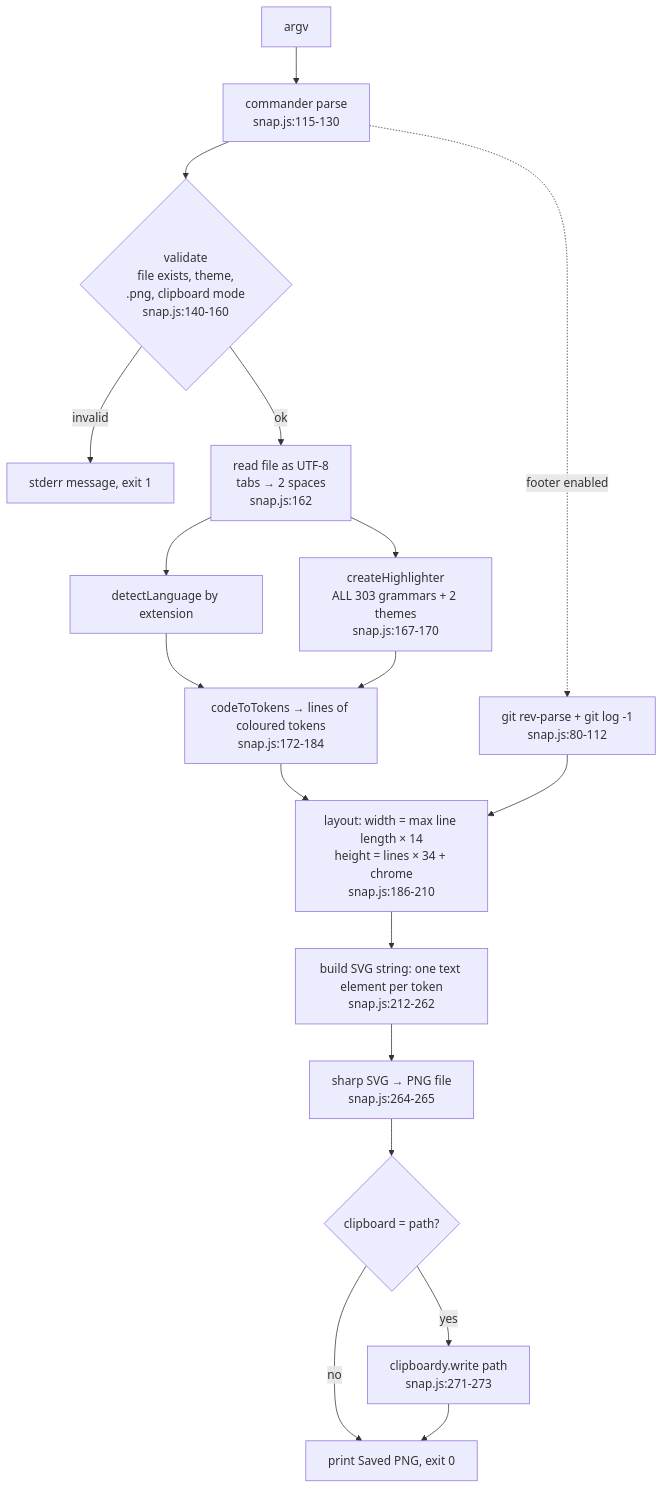
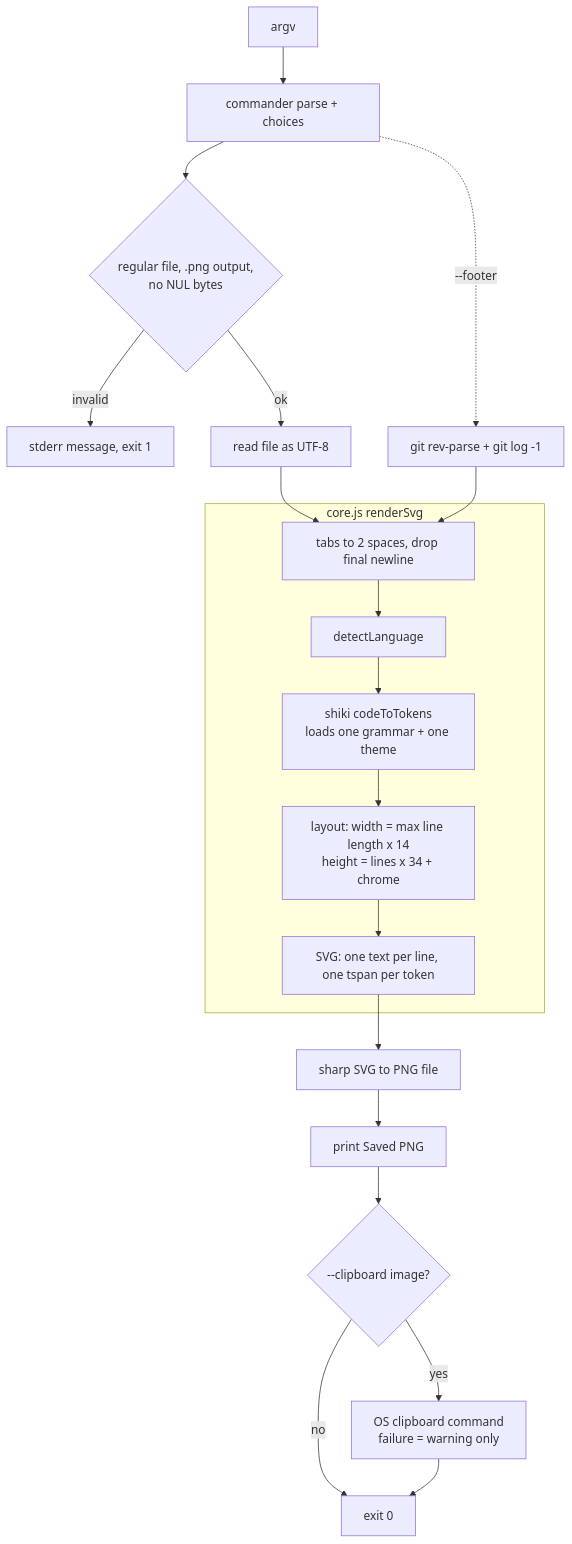
The diagram in docs/ARCHITECTURE.md (AlfredBateman/SnapCodeCLI), drawn with Mermaid before and after one commit. The commit also changed other lines of this file and 3 other files, not shown here.

Commit message:
docs: update README, COMMANDS, ARCHITECTURE and CONTRIBUTING for new behaviour

````diff
--- a/docs/ARCHITECTURE.md
+++ b/docs/ARCHITECTURE.md
@@ -28,20 +19,22 @@
 ```mermaid
 flowchart TD
-    A[argv] --> B[commander parse<br/>snap.js:115-130]
-    B --> C{validate<br/>file exists, theme,<br/>.png, clipboard mode<br/>snap.js:140-160}
+    A[argv] --> B[commander parse + choices]
+    B --> C{regular file, .png output,<br/>no NUL bytes}
     C -- invalid --> X[stderr message, exit 1]
-    C -- ok --> D[read file as UTF-8<br/>tabs → 2 spaces<br/>snap.js:162]
-    D --> E[detectLanguage by extension]
-    D --> F[createHighlighter<br/>ALL 303 grammars + 2 themes<br/>snap.js:167-170]
-    E --> G[codeToTokens → lines of coloured tokens<br/>snap.js:172-184]
-    F --> G
-    B -. footer enabled .-> H[git rev-parse + git log -1<br/>snap.js:80-112]
-    G --> I[layout: width = max line length × 14<br/>height = lines × 34 + chrome<br/>snap.js:186-210]
-    H --> I
-    I --> J[build SVG string: one text element per token<br/>snap.js:212-262]
-    J --> K[sharp SVG → PNG file<br/>snap.js:264-265]
-    K --> L{clipboard = path?}
-    L -- yes --> M[clipboardy.write path<br/>snap.js:271-273]
-    L -- no --> N
-    M --> N[print Saved PNG, exit 0]
+    C -- ok --> D[read file as UTF-8]
+    B -. --footer .-> H[git rev-parse + git log -1]
+    D --> R
+    H --> R
+    subgraph core.js renderSvg
+      R[tabs to 2 spaces, drop final newline] --> E[detectLanguage]
+      E --> G[shiki codeToTokens<br/>loads one grammar + one theme]
+      G --> I[layout: width = max line length x 14<br/>height = lines x 34 + chrome]
+      I --> J[SVG: one text per line, one tspan per token]
+    end
+    J --> K[sharp SVG to PNG file]
+    K --> N[print Saved PNG]
+    N --> L{--clipboard image?}
+    L -- yes --> M[OS clipboard command<br/>failure = warning only]
+    L -- no --> Z[exit 0]
+    M --> Z
 ```
````
